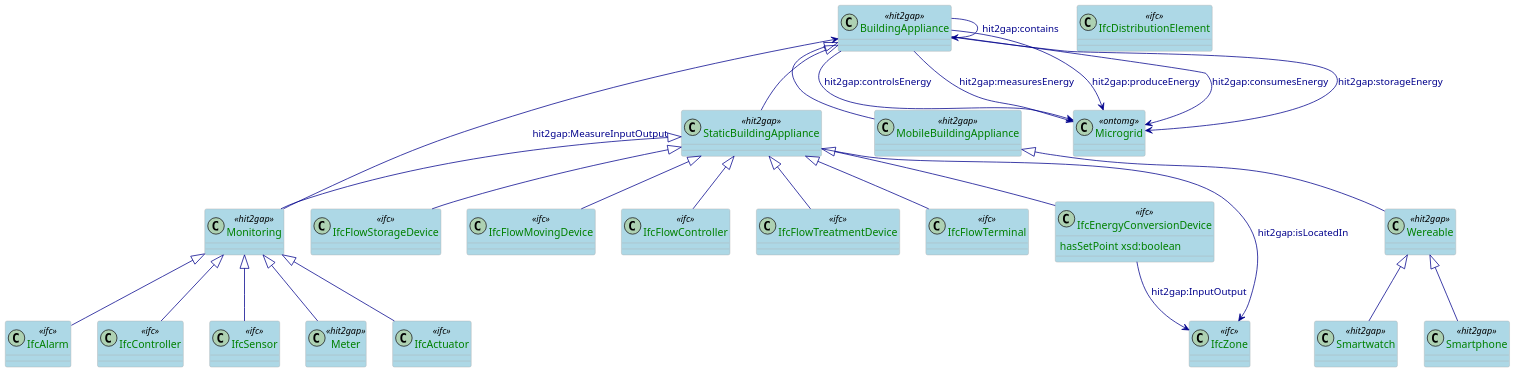
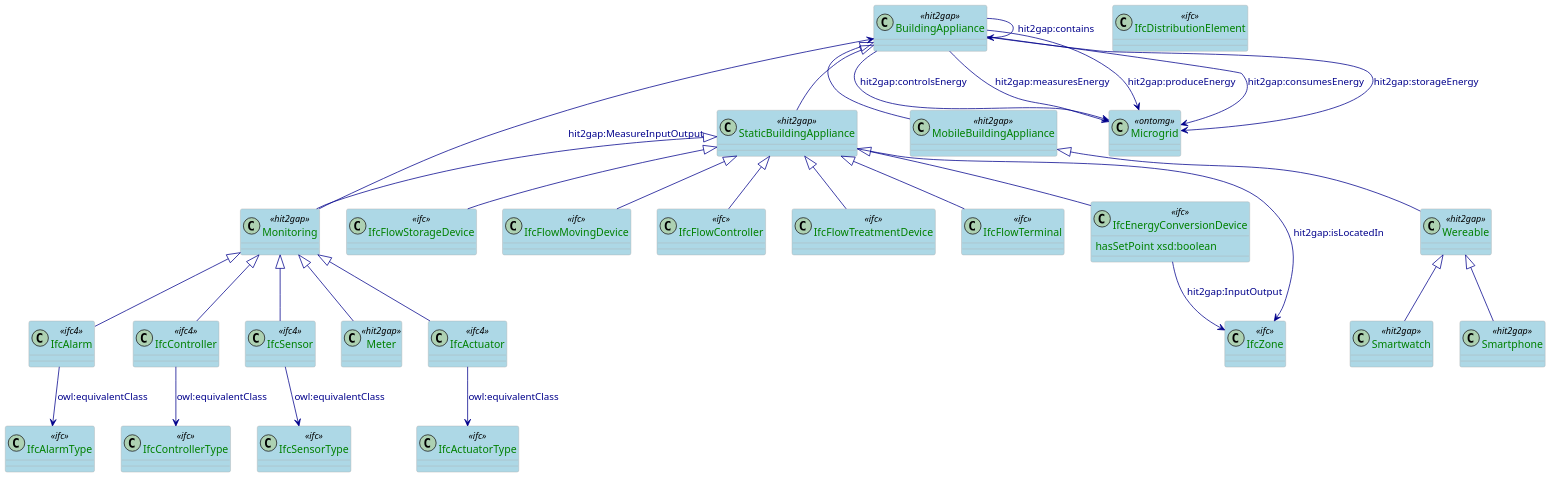
One commit to HIT2GAP-EU-PROJECT/BEMOnt changed the diagram in docs/plantuml/BuildingAppliance.puml. Above: the diagram before and after it, drawn with PlantUML.

```diff
--- a/docs/plantuml/BuildingAppliance.puml
+++ b/docs/plantuml/BuildingAppliance.puml
@@ -1,75 +1,89 @@
 @startuml
 
 scale 0.5
 
 skinparam class {
   ArrowColor DarkBlue
   ArrowFontColor DarkBlue
   BackgroundColor LightBlue
   BorderColor DarkGrey
 }
 skinparam dpi 300
 skinparam stereotypeCBackgroundColor Wheat
 skinparam classAttributeFontColor  Green
 
 class BuildingAppliance <<hit2gap>>
 
 class StaticBuildingAppliance <<hit2gap>>
 class MobileBuildingAppliance <<hit2gap>>
 
 class IfcFlowTerminal <<ifc>>
 class Monitoring <<hit2gap>>
 class Wereable <<hit2gap>>
 class Smartwatch <<hit2gap>>
 class Smartphone <<hit2gap>>
 
 class IfcZone <<ifc>>
-class IfcActuator <<ifc>>
-class IfcAlarm <<ifc>>
-class IfcController <<ifc>>
-class IfcSensor <<ifc>>
+class IfcActuator <<ifc4>>
+class IfcActuatorType <<ifc>>
+
+class IfcAlarm <<ifc4>>
+class IfcAlarmType <<ifc>>
+
+class IfcController <<ifc4>>
+class IfcControllerType <<ifc>>
+
+
+class IfcSensor <<ifc4>>
+class IfcSensorType <<ifc>>
+
 class Meter <<hit2gap>>
 
 class IfcDistributionElement <<ifc>>
 class IfcFlowStorageDevice <<ifc>>
 class IfcFlowMovingDevice <<ifc>>
 class IfcFlowController <<ifc>>
 class IfcFlowTreatmentDevice <<ifc>>
 class IfcEnergyConversionDevice <<ifc>> {
   hasSetPoint xsd:boolean
 }
 
 class Microgrid <<ontomg>>
 
 BuildingAppliance <|-- StaticBuildingAppliance 
 BuildingAppliance <|-- MobileBuildingAppliance 
 
 StaticBuildingAppliance <|-- IfcFlowTerminal
 StaticBuildingAppliance <|-- Monitoring
 MobileBuildingAppliance <|-- Wereable
 StaticBuildingAppliance --> IfcZone: hit2gap:isLocatedIn
 BuildingAppliance --> BuildingAppliance: hit2gap:contains
 Monitoring --> BuildingAppliance: hit2gap:MeasureInputOutput
 IfcEnergyConversionDevice --> IfcZone: hit2gap:InputOutput
 StaticBuildingAppliance <|-- IfcFlowStorageDevice
 StaticBuildingAppliance <|-- IfcFlowMovingDevice
 StaticBuildingAppliance <|-- IfcFlowController
 StaticBuildingAppliance <|-- IfcFlowTreatmentDevice
 StaticBuildingAppliance <|-- IfcEnergyConversionDevice
 
 Wereable <|-- Smartwatch
 Wereable <|-- Smartphone
 
 Monitoring <|-- IfcSensor
 Monitoring <|-- IfcActuator
 Monitoring <|-- IfcAlarm
 Monitoring <|-- IfcController
 Monitoring <|-- Meter
 
 BuildingAppliance --> Microgrid: hit2gap:produceEnergy
 BuildingAppliance --> Microgrid: hit2gap:consumesEnergy
 BuildingAppliance --> Microgrid: hit2gap:storageEnergy
 BuildingAppliance --> Microgrid: hit2gap:controlsEnergy
 BuildingAppliance --> Microgrid: hit2gap:measuresEnergy
 
+IfcActuator --> IfcActuatorType: owl:equivalentClass
+IfcAlarm --> IfcAlarmType: owl:equivalentClass
+IfcController --> IfcControllerType: owl:equivalentClass
+IfcSensor --> IfcSensorType: owl:equivalentClass
+
 @enduml
```
